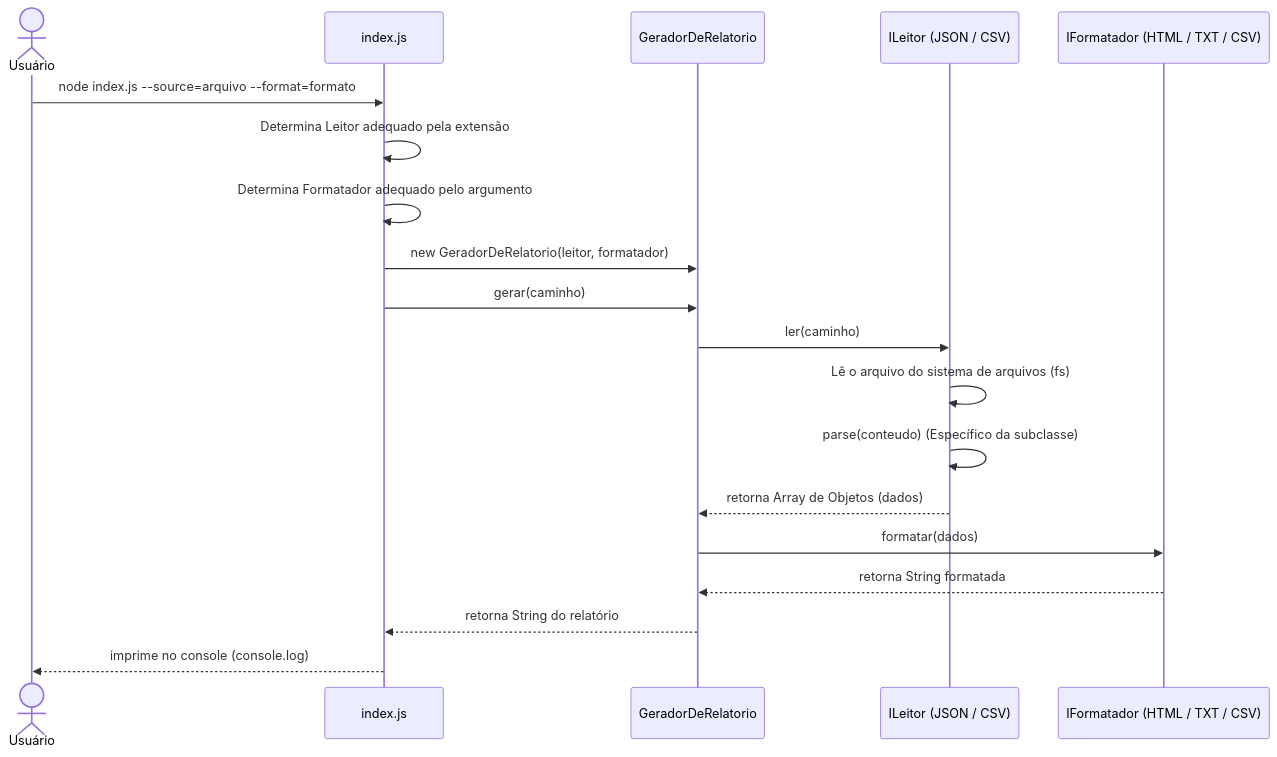
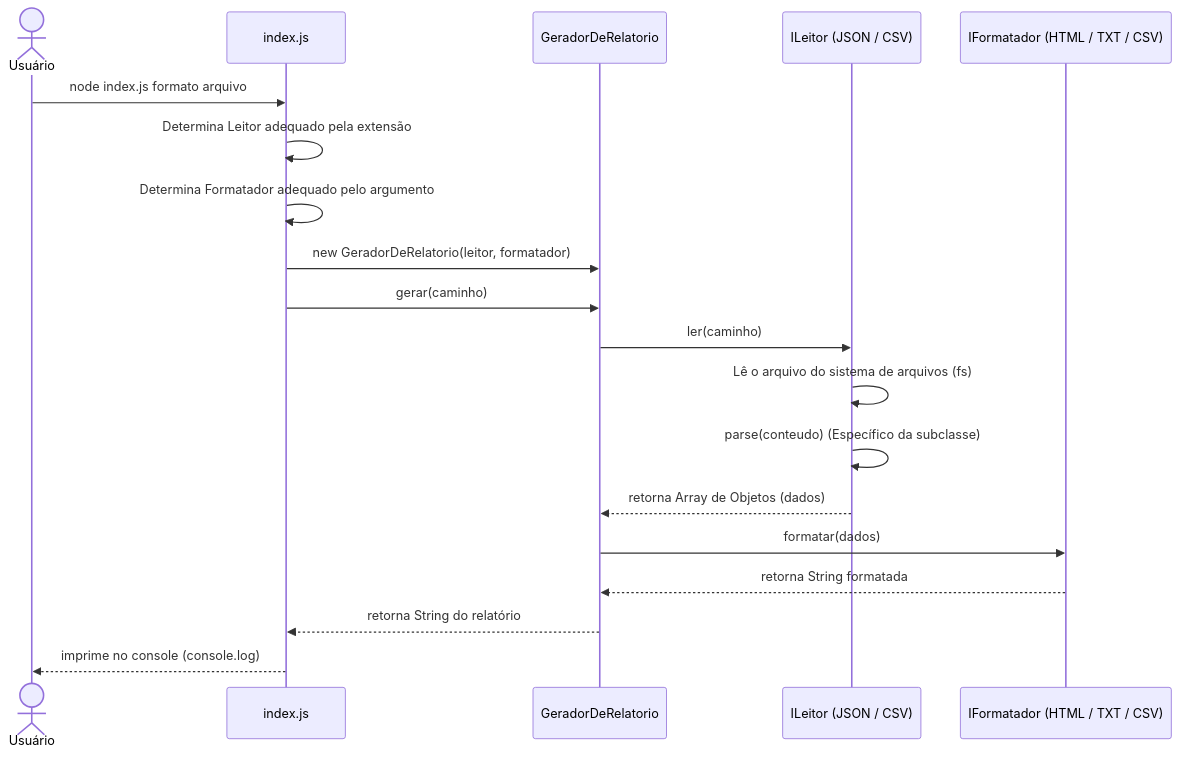
Before and after one commit to lhwiedmer/tp2_eng_soft: the diagram in specs/diagramas/diagrama_seq_mod.mmd, drawn with Mermaid. The commit also changed 11 other files, not shown here.

Commit message:
[FIX] diagramas e interface do programa

```diff
--- a/specs/diagramas/diagrama_seq_mod.mmd
+++ b/specs/diagramas/diagrama_seq_mod.mmd
@@ -1,25 +1,25 @@
 sequenceDiagram
     actor Usuario as Usuário
     participant CLI as index.js
     participant Gerador as GeradorDeRelatorio
     participant Leitor as ILeitor (JSON / CSV)
     participant Formatador as IFormatador (HTML / TXT / CSV)
 
-    Usuario->>CLI: node index.js --source=arquivo --format=formato
+    Usuario->>CLI: node index.js formato arquivo
     
     CLI->>CLI: Determina Leitor adequado pela extensão
     CLI->>CLI: Determina Formatador adequado pelo argumento
     CLI->>Gerador: new GeradorDeRelatorio(leitor, formatador)
     
     CLI->>Gerador: gerar(caminho)
     
     Gerador->>Leitor: ler(caminho)
     Leitor->>Leitor: Lê o arquivo do sistema de arquivos (fs)
     Leitor->>Leitor: parse(conteudo) (Específico da subclasse)
     Leitor-->>Gerador: retorna Array de Objetos (dados)
     
     Gerador->>Formatador: formatar(dados)
     Formatador-->>Gerador: retorna String formatada
     
     Gerador-->>CLI: retorna String do relatório
     CLI-->>Usuario: imprime no console (console.log)
```
